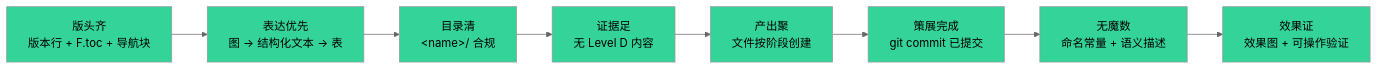
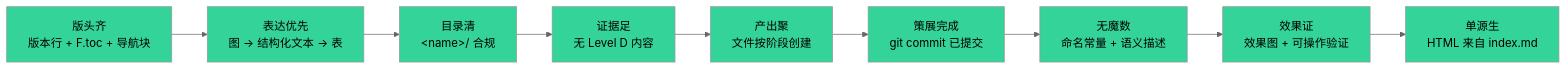
One commit to effiy/YrY changed the third of 3 diagrams in rules/doc-generation-lifecycle.md. Above: the diagram before and after it, drawn with Mermaid (neutral theme). The commit also changed other lines of this file and 88 other files, not shown here.

````diff
--- a/rules/doc-generation-lifecycle.md
+++ b/rules/doc-generation-lifecycle.md
@@ -76,12 +76,13 @@
 ```mermaid
 flowchart LR
     S1["版头齐<br/>版本行 + F.toc + 导航块"]:::sig --> S2["表达优先<br/>图 → 结构化文本 → 表"]:::sig
     S2 --> S3["目录清<br/>&lt;name&gt;/ 合规"]:::sig
     S3 --> S4["证据足<br/>无 Level D 内容"]:::sig
     S4 --> S5["产出聚<br/>文件按阶段创建"]:::sig
     S5 --> S6["策展完成<br/>git commit 已提交"]:::sig
     S6 --> S7["无魔数<br/>命名常量 + 语义描述"]:::sig
     S7 --> S8["效果证<br/>效果图 + 可操作验证"]:::sig
+    S8 --> S9["单源生<br/>HTML 来自 index.md"]:::sig
 
     classDef sig fill:#34d399,color:#000
 ```
````
